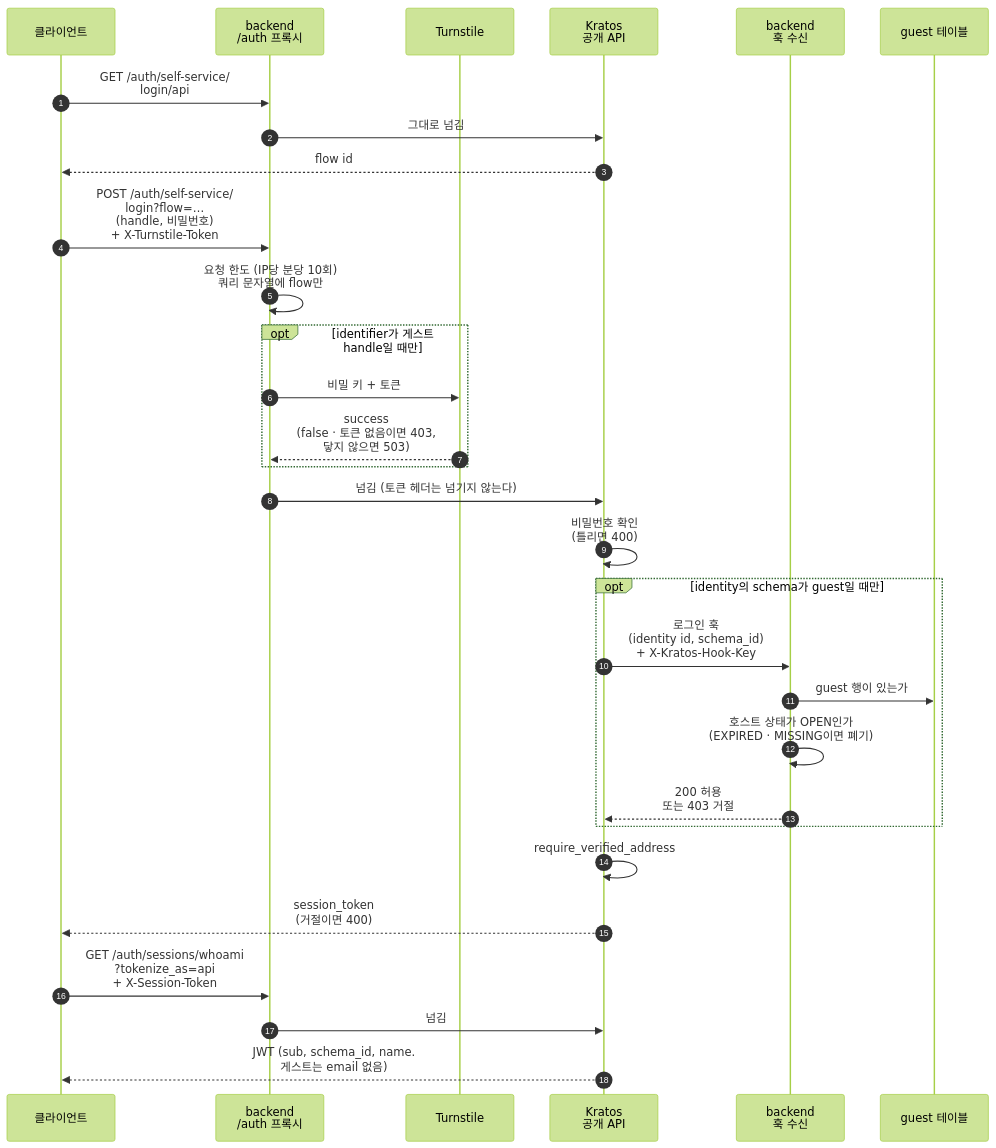
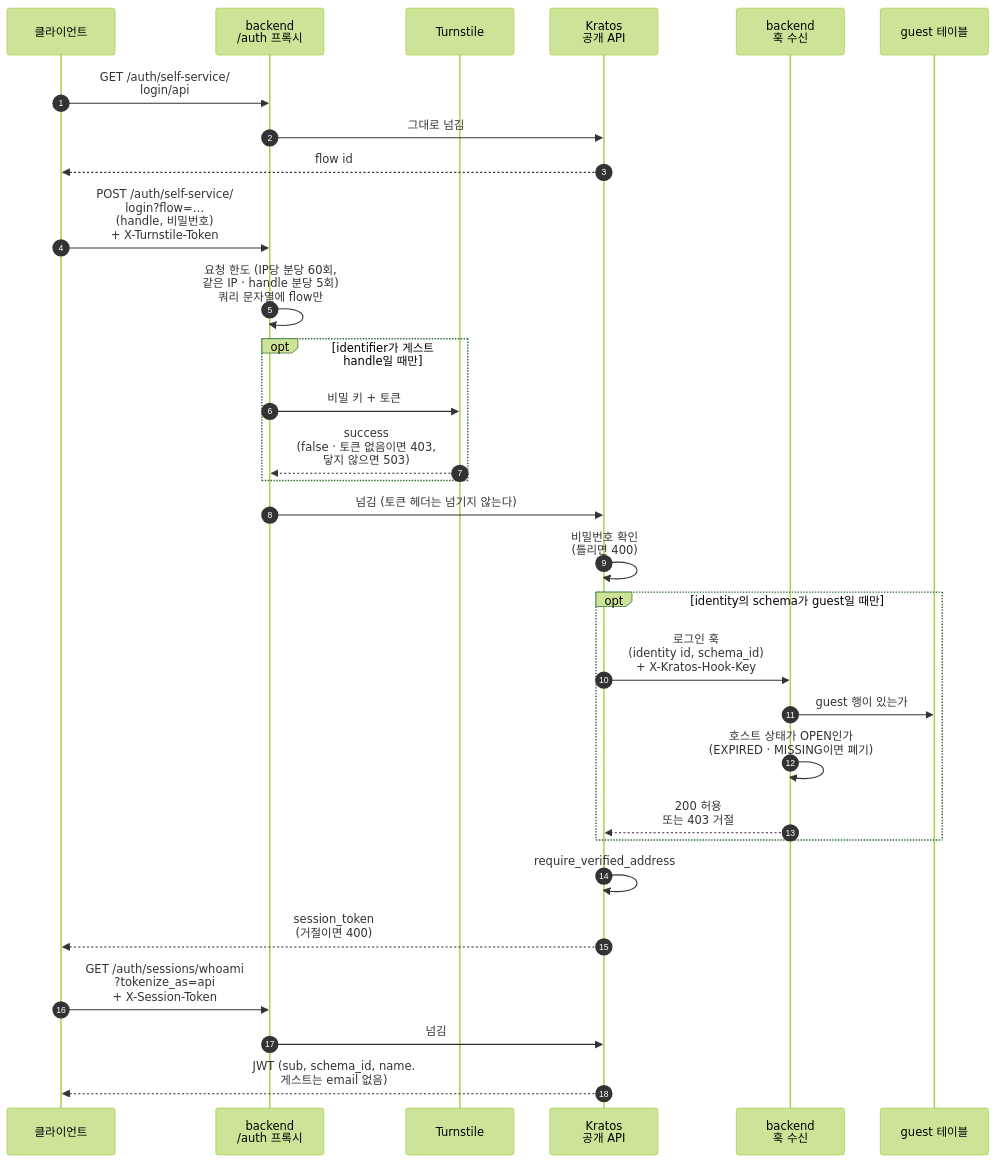
Before and after one commit to onprem-hipster-timer/backend: the third of 10 diagrams in docs/guides/guest.ko.md, drawn with Mermaid (forest theme). The commit also changed other lines of this file and 6 other files, not shown here.

````diff
--- a/docs/guides/guest.ko.md
+++ b/docs/guides/guest.ko.md
@@ -166,35 +166,35 @@
 ```mermaid
 sequenceDiagram
     autonumber
     participant C as 클라이언트
     participant P as backend<br/>/auth 프록시
     participant T as Turnstile
     participant K as Kratos<br/>공개 API
     participant H as backend<br/>훅 수신
     participant D as guest 테이블
 
     C->>P: GET /auth/self-service/<br/>login/api
     P->>K: 그대로 넘김
     K-->>C: flow id
 
     C->>P: POST /auth/self-service/<br/>login?flow=…<br/>(handle, 비밀번호)<br/>+ X-Turnstile-Token
-    P->>P: 요청 한도 (IP당 분당 10회)<br/>쿼리 문자열에 flow만
+    P->>P: 요청 한도 (IP당 분당 60회,<br/>같은 IP · handle 분당 5회)<br/>쿼리 문자열에 flow만
     opt identifier가 게스트 handle일 때만
         P->>T: 비밀 키 + 토큰
         T-->>P: success<br/>(false · 토큰 없음이면 403,<br/>닿지 않으면 503)
     end
     P->>K: 넘김 (토큰 헤더는 넘기지 않는다)
     K->>K: 비밀번호 확인<br/>(틀리면 400)
     opt identity의 schema가 guest일 때만
         K->>H: 로그인 훅<br/>(identity id, schema_id)<br/>+ X-Kratos-Hook-Key
         H->>D: guest 행이 있는가
         H->>H: 호스트 상태가 OPEN인가<br/>(EXPIRED · MISSING이면 폐기)
         H-->>K: 200 허용<br/>또는 403 거절
     end
     K->>K: require_verified_address
     K-->>C: session_token<br/>(거절이면 400)
 
     C->>P: GET /auth/sessions/whoami<br/>?tokenize_as=api<br/>+ X-Session-Token
     P->>K: 넘김
     K-->>C: JWT (sub, schema_id, name.<br/>게스트는 email 없음)
 ```
````
